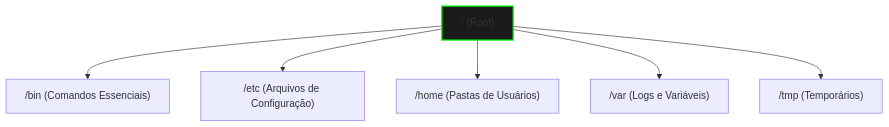
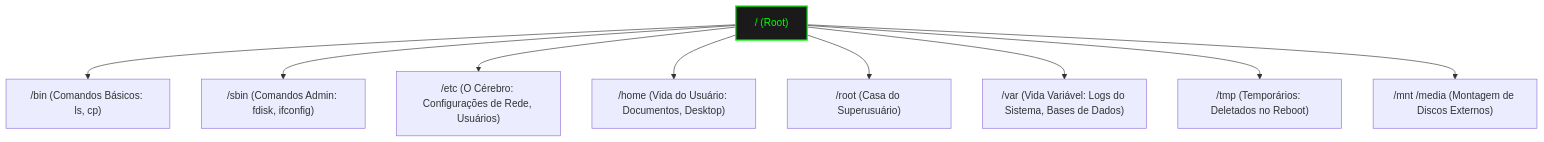
Before and after one commit to Mushyc/WIKI_MATHEUS_TI: the diagram in guias/Curso_Dominio_Linux.md, drawn with Mermaid. The commit also changed other lines of this file and 18 other files, not shown here.

````diff
--- a/guias/Curso_Dominio_Linux.md
+++ b/guias/Curso_Dominio_Linux.md
@@ -13,10 +13,13 @@
 ```mermaid
 graph TD
-    Root["/ (Root)"] --> bin["/bin (Comandos Essenciais)"]
-    Root --> etc["/etc (Arquivos de Configuração)"]
-    Root --> home["/home (Pastas de Usuários)"]
-    Root --> var["/var (Logs e Variáveis)"]
-    Root --> tmp["/tmp (Temporários)"]
+    Root["/ (Root)"] --> bin["/bin (Comandos Básicos: ls, cp)"]
+    Root --> sbin["/sbin (Comandos Admin: fdisk, ifconfig)"]
+    Root --> etc["/etc (O Cérebro: Configurações de Rede, Usuários)"]
+    Root --> home["/home (Vida do Usuário: Documentos, Desktop)"]
+    Root --> root_dir["/root (Casa do Superusuário)"]
+    Root --> var["/var (Vida Variável: Logs do Sistema, Bases de Dados)"]
+    Root --> tmp["/tmp (Temporários: Deletados no Reboot)"]
+    Root --> mnt["/mnt /media (Montagem de Discos Externos)"]
     
-    style Root fill:#1a1a1a,stroke:#00ff00,stroke-width:2px
+    style Root fill:#1a1a1a,stroke:#00ff00,stroke-width:2px,color:#00ff00
 ```
````
